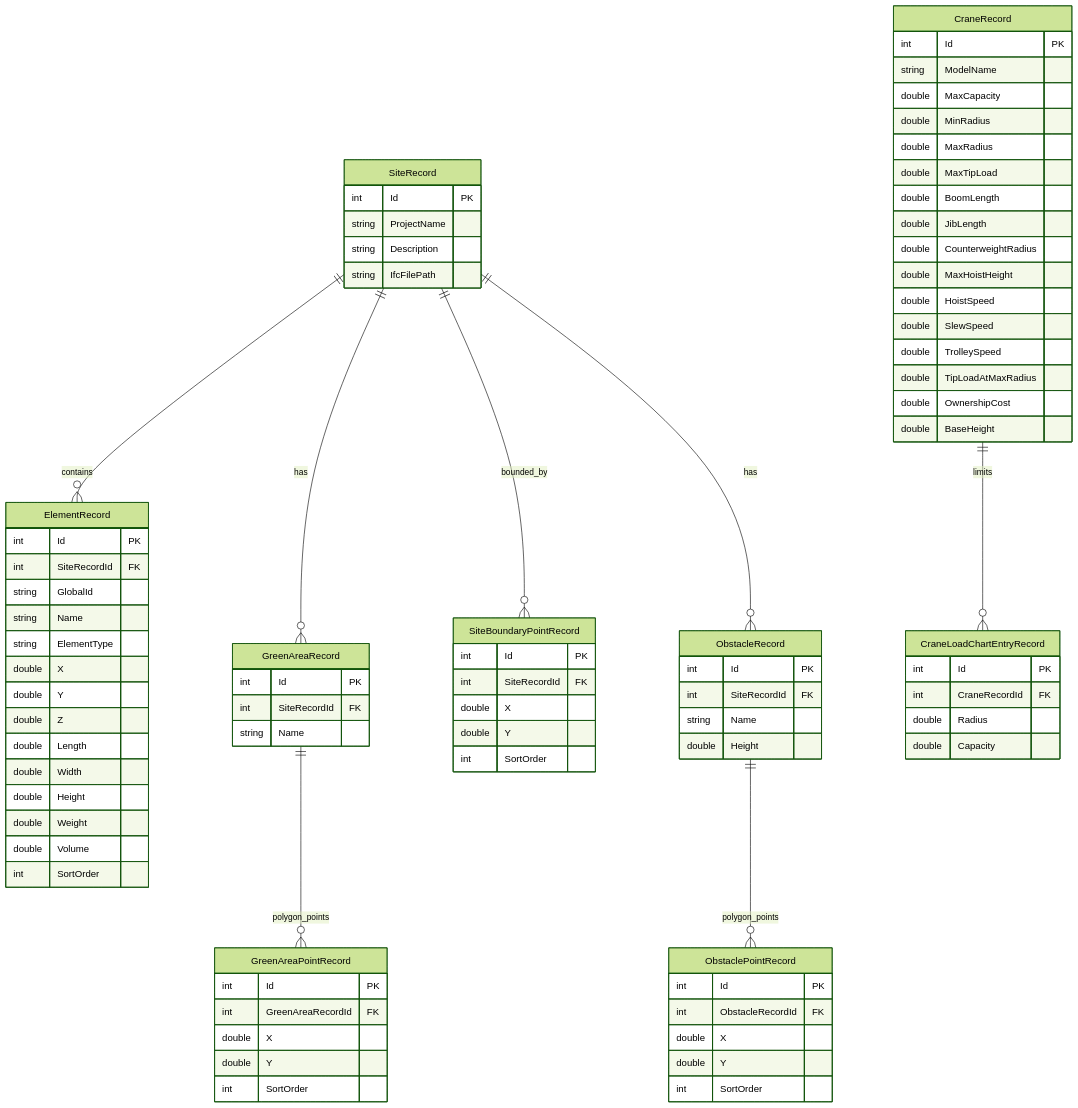
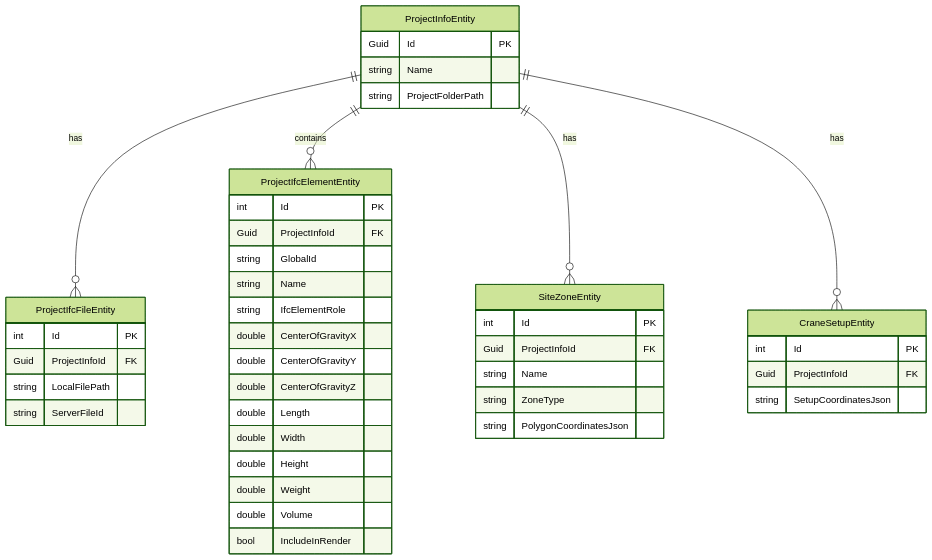
The second of 2 diagrams in docs/architecture/database.md (ITI-intake46/CranePathOptimizer), drawn with Mermaid (forest theme) before and after one commit. The commit also changed other lines of this file and 23 other files, not shown here.

First line of the commit message:
docs: add comprehensive architectural and technical debt review

````diff
--- a/docs/architecture/database.md
+++ b/docs/architecture/database.md
@@ -15,89 +68,47 @@
 ```mermaid
 erDiagram
-    SiteRecord ||--o{ ElementRecord : contains
-    SiteRecord ||--o{ GreenAreaRecord : has
-    SiteRecord ||--o{ SiteBoundaryPointRecord : bounded_by
-    SiteRecord ||--o{ ObstacleRecord : has
-    GreenAreaRecord ||--o{ GreenAreaPointRecord : polygon_points
-    ObstacleRecord ||--o{ ObstaclePointRecord : polygon_points
-    CraneRecord ||--o{ CraneLoadChartEntryRecord : limits
+    ProjectInfoEntity ||--o{ ProjectIfcFileEntity : has
+    ProjectInfoEntity ||--o{ ProjectIfcElementEntity : contains
+    ProjectInfoEntity ||--o{ SiteZoneEntity : has
+    ProjectInfoEntity ||--o{ CraneSetupEntity : has
 
-    SiteRecord {
+    ProjectInfoEntity {
+        Guid Id PK
+        string Name
+        string ProjectFolderPath
+    }
+    ProjectIfcFileEntity {
         int Id PK
-        string ProjectName
-        string Description
-        string IfcFilePath
+        Guid ProjectInfoId FK
+        string LocalFilePath
+        string ServerFileId
     }
-    ElementRecord {
+    ProjectIfcElementEntity {
         int Id PK
-        int SiteRecordId FK
+        Guid ProjectInfoId FK
         string GlobalId
         string Name
-        string ElementType
-        double X
-        double Y
-        double Z
+        string IfcElementRole
+        double CenterOfGravityX
+        double CenterOfGravityY
+        double CenterOfGravityZ
         double Length
         double Width
         double Height
         double Weight
         double Volume
-        int SortOrder
+        bool IncludeInRender
     }
-    GreenAreaRecord {
+    SiteZoneEntity {
         int Id PK
-        int SiteRecordId FK
+        Guid ProjectInfoId FK
         string Name
+        string ZoneType
+        string PolygonCoordinatesJson
     }
-    GreenAreaPointRecord {
+    CraneSetupEntity {
         int Id PK
-        int GreenAreaRecordId FK
-        double X
-        double Y
-        int SortOrder
-    }
-    SiteBoundaryPointRecord {
-        int Id PK
-        int SiteRecordId FK
-        double X
-        double Y
-        int SortOrder
-    }
-    ObstacleRecord {
-        int Id PK
-        int SiteRecordId FK
-        string Name
-        double Height
-    }
-    ObstaclePointRecord {
-        int Id PK
-        int ObstacleRecordId FK
-        double X
-        double Y
-        int SortOrder
-    }
-    CraneRecord {
-        int Id PK
-        string ModelName
-        double MaxCapacity
-        double MinRadius
-        double MaxRadius
-        double MaxTipLoad
-        double BoomLength
-        double JibLength
-        double CounterweightRadius
-        double MaxHoistHeight
-        double HoistSpeed
-        double SlewSpeed
-        double TrolleySpeed
-        double TipLoadAtMaxRadius
-        double OwnershipCost
-        double BaseHeight
-    }
-    CraneLoadChartEntryRecord {
-        int Id PK
-        int CraneRecordId FK
-        double Radius
-        double Capacity
+        Guid ProjectInfoId FK
+        string SetupCoordinatesJson
     }
 ```
````
